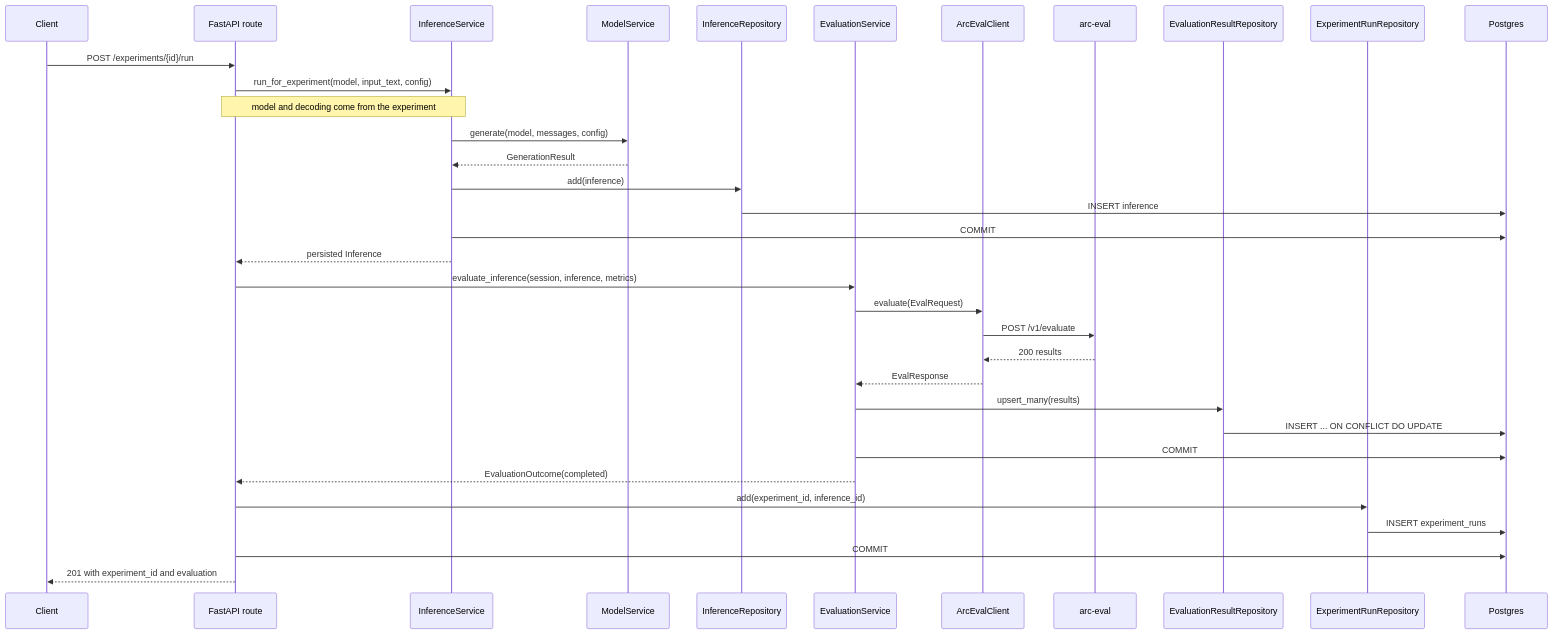
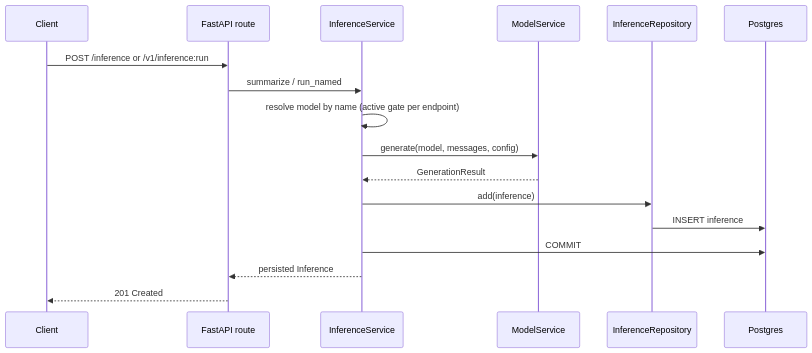
Before and after one commit to DimitarAtanassov/arc-model-lab: the second of 3 diagrams in docs/dataflow.md, drawn with Mermaid. The commit also changed other lines of this file and 3 other files, not shown here.

````diff
--- a/docs/dataflow.md
+++ b/docs/dataflow.md
@@ -60,39 +35,20 @@
 ```mermaid
 sequenceDiagram
     participant Client
     participant API as FastAPI route
     participant Inf as InferenceService
     participant MS as ModelService
     participant IRepo as InferenceRepository
-    participant Eval as EvaluationService
-    participant AEC as ArcEvalClient
-    participant Arc as arc-eval
-    participant ERepo as EvaluationResultRepository
-    participant RRepo as ExperimentRunRepository
     participant DB as Postgres
 
-    Client->>API: POST /experiments/{id}/run
-    API->>Inf: run_for_experiment(model, input_text, config)
-    Note over API,Inf: model and decoding come from the experiment
+    Client->>API: POST /inference or /v1/inference:run
+    API->>Inf: summarize / run_named
+    Inf->>Inf: resolve model by name (active gate per endpoint)
     Inf->>MS: generate(model, messages, config)
     MS-->>Inf: GenerationResult
     Inf->>IRepo: add(inference)
     IRepo->>DB: INSERT inference
     Inf->>DB: COMMIT
     Inf-->>API: persisted Inference
-
-    API->>Eval: evaluate_inference(session, inference, metrics)
-    Eval->>AEC: evaluate(EvalRequest)
-    AEC->>Arc: POST /v1/evaluate
-    Arc-->>AEC: 200 results
-    AEC-->>Eval: EvalResponse
-    Eval->>ERepo: upsert_many(results)
-    ERepo->>DB: INSERT ... ON CONFLICT DO UPDATE
-    Eval->>DB: COMMIT
-    Eval-->>API: EvaluationOutcome(completed)
-
-    API->>RRepo: add(experiment_id, inference_id)
-    RRepo->>DB: INSERT experiment_runs
-    API->>DB: COMMIT
-    API-->>Client: 201 with experiment_id and evaluation
+    API-->>Client: 201 Created
 ```
````
